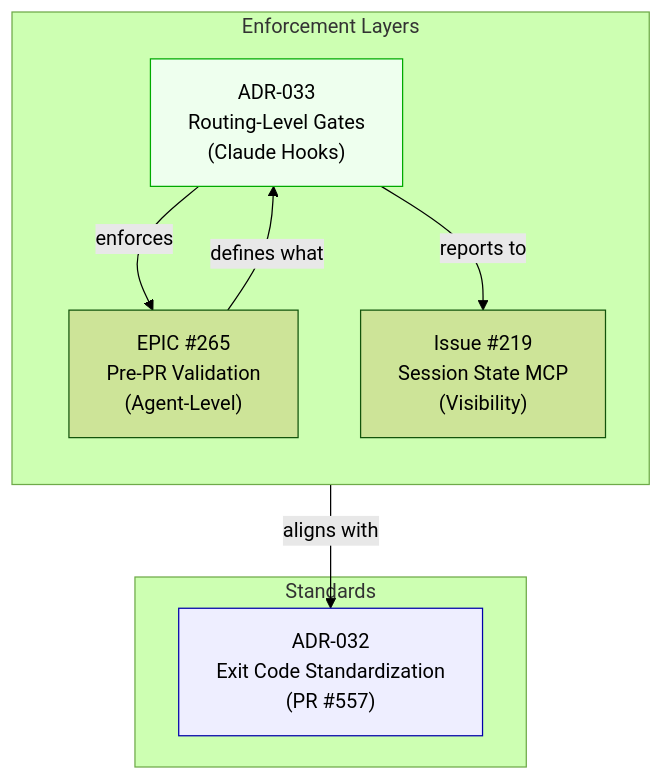
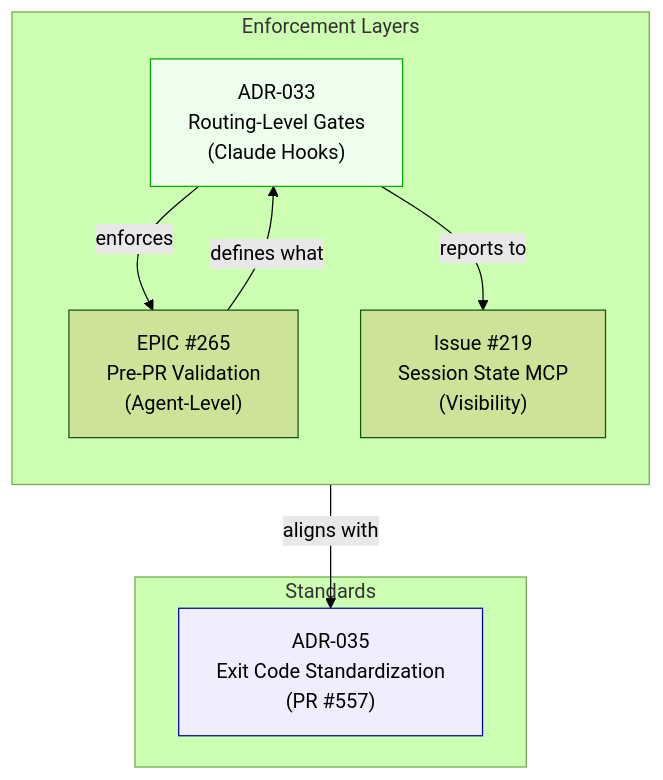
Before and after one commit to rjmurillo/ai-agents: the third of 3 diagrams in .agents/architecture/ADR-033-routing-level-enforcement-gates.md, drawn with Mermaid (forest theme). The commit also changed other lines of this file and 65 other files, not shown here.

````diff
--- a/.agents/architecture/ADR-033-routing-level-enforcement-gates.md
+++ b/.agents/architecture/ADR-033-routing-level-enforcement-gates.md
@@ -435,21 +435,21 @@
 ```mermaid
 flowchart TB
     subgraph Enforcement["Enforcement Layers"]
         direction TB
         ADR033["ADR-033<br/>Routing-Level Gates<br/>(Claude Hooks)"]
         EPIC265["EPIC #265<br/>Pre-PR Validation<br/>(Agent-Level)"]
         MCP219["Issue #219<br/>Session State MCP<br/>(Visibility)"]
     end
 
     subgraph Standards["Standards"]
-        ADR032Exit["ADR-032<br/>Exit Code Standardization<br/>(PR #557)"]
+        ADR035Exit["ADR-035<br/>Exit Code Standardization<br/>(PR #557)"]
     end
 
     ADR033 -->|enforces| EPIC265
     EPIC265 -->|defines what| ADR033
     ADR033 -->|reports to| MCP219
-    ADR033 -->|aligns with| ADR032Exit
+    ADR033 -->|aligns with| ADR035Exit
 
     style ADR033 fill:#efe,stroke:#0a0
-    style ADR032Exit fill:#eef,stroke:#00a
+    style ADR035Exit fill:#eef,stroke:#00a
 ```
````
